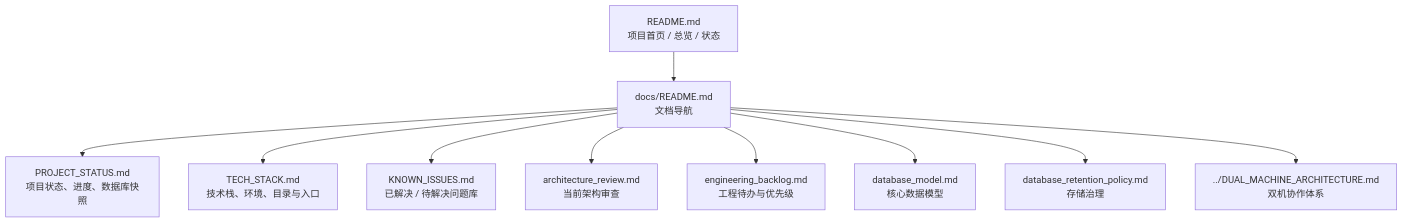
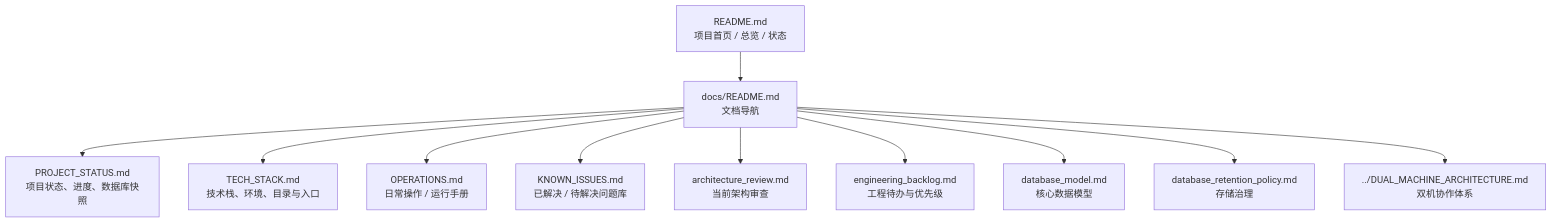
Before and after one commit to Timcai06/SPM: the diagram in docs/README.md, drawn with Mermaid. The commit also changed other lines of this file and 3 other files, not shown here.

````diff
--- a/docs/README.md
+++ b/docs/README.md
@@ -11,12 +11,13 @@
 ```mermaid
 flowchart TD
     A["README.md<br/>项目首页 / 总览 / 状态"] --> B["docs/README.md<br/>文档导航"]
     B --> C["PROJECT_STATUS.md<br/>项目状态、进度、数据库快照"]
     B --> D["TECH_STACK.md<br/>技术栈、环境、目录与入口"]
-    B --> E["KNOWN_ISSUES.md<br/>已解决 / 待解决问题库"]
-    B --> F["architecture_review.md<br/>当前架构审查"]
-    B --> G["engineering_backlog.md<br/>工程待办与优先级"]
-    B --> H["database_model.md<br/>核心数据模型"]
-    B --> I["database_retention_policy.md<br/>存储治理"]
-    B --> J["../DUAL_MACHINE_ARCHITECTURE.md<br/>双机协作体系"]
+    B --> E["OPERATIONS.md<br/>日常操作 / 运行手册"]
+    B --> F["KNOWN_ISSUES.md<br/>已解决 / 待解决问题库"]
+    B --> G["architecture_review.md<br/>当前架构审查"]
+    B --> H["engineering_backlog.md<br/>工程待办与优先级"]
+    B --> I["database_model.md<br/>核心数据模型"]
+    B --> J["database_retention_policy.md<br/>存储治理"]
+    B --> K["../DUAL_MACHINE_ARCHITECTURE.md<br/>双机协作体系"]
 ```
````
